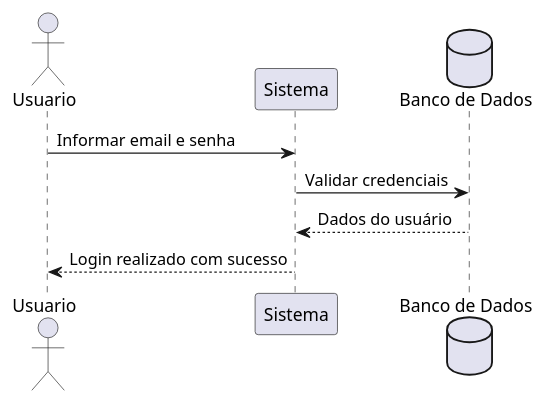
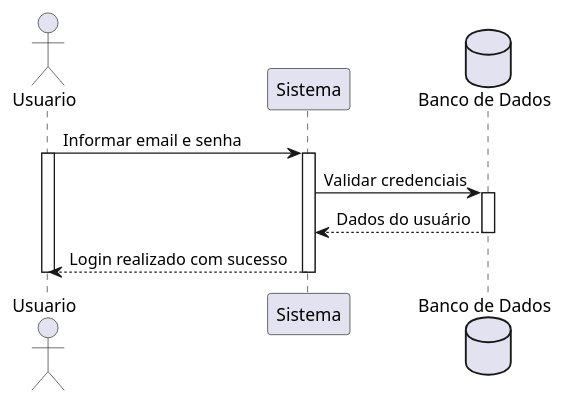
Before and after one commit to mthsz-dm/Conecta-Eventos: the diagram in PlantUML/Diagrama de sequencia do sistema/Diagrama-de-sequencia-UC-02.plantuml, drawn with PlantUML. The commit also changed 11 other files, not shown here.

Commit message:
Modificação nos diagramas de sequencia

```diff
--- a/PlantUML/Diagrama de sequencia do sistema/Diagrama-de-sequencia-UC-02.plantuml
+++ b/PlantUML/Diagrama de sequencia do sistema/Diagrama-de-sequencia-UC-02.plantuml
@@ -1,14 +1,23 @@
 @startuml
 
 actor Usuario
 
 participant "Sistema" as Sistema
 database "Banco de Dados" as BD
 
+
 Usuario -> Sistema : Informar email e senha
+activate Usuario
+activate Sistema
+
 Sistema -> BD : Validar credenciais
+activate BD
+
 BD --> Sistema : Dados do usuário
+deactivate BD
 
 Sistema --> Usuario : Login realizado com sucesso
+deactivate Sistema
+deactivate Usuario
 
 @enduml
```
